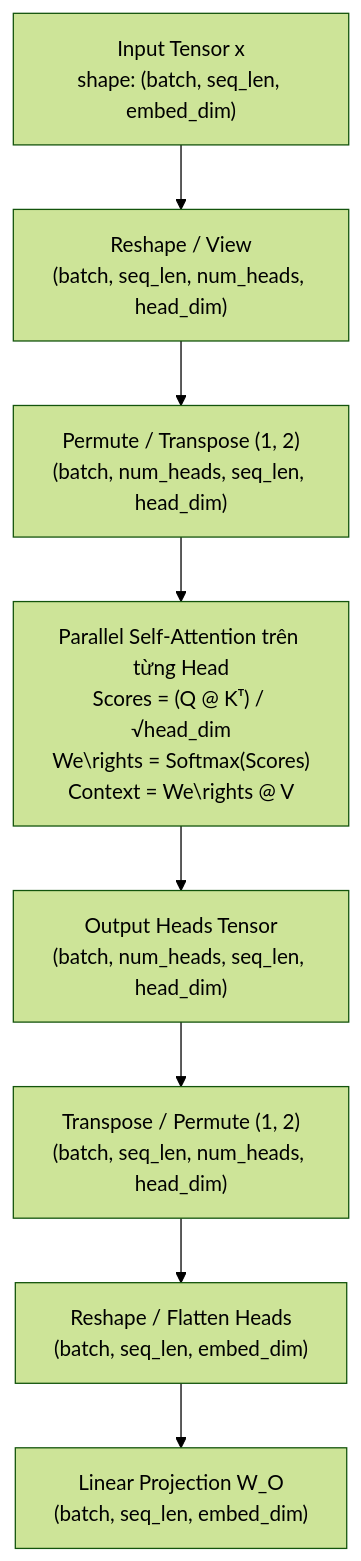
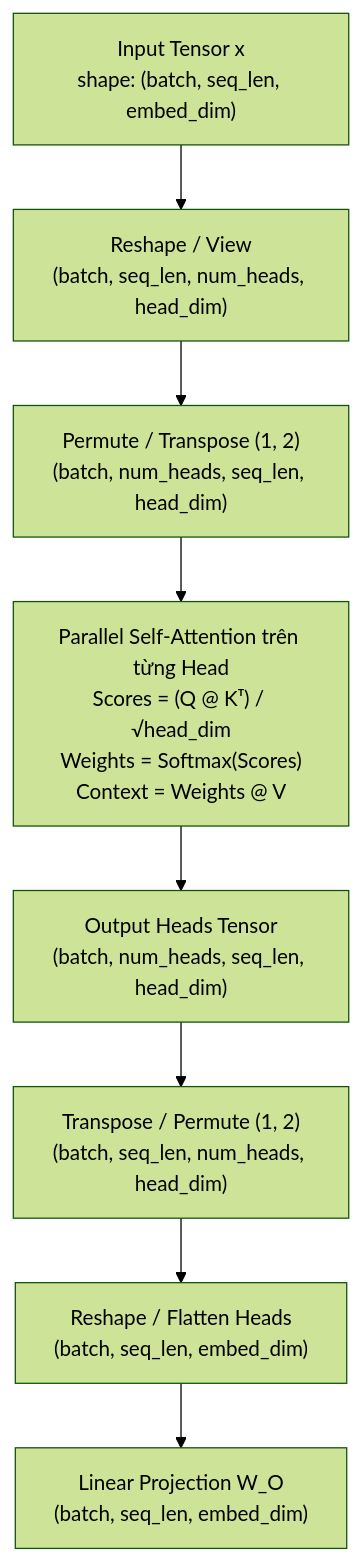
The third of 3 diagrams in ai-assistant-platform/docs/transformer-foundation.md (quangtd92/ai-engineer-roadmap), drawn with Mermaid (forest theme) before and after one commit. The commit also changed other lines of this file and 3 other files, not shown here.

````diff
--- a/ai-assistant-platform/docs/transformer-foundation.md
+++ b/ai-assistant-platform/docs/transformer-foundation.md
@@ -250,10 +250,10 @@
 ```mermaid
 flowchart TD
     In["Input Tensor x<br/>shape: (batch, seq_len, embed_dim)"] --> View["Reshape / View<br/>(batch, seq_len, num_heads, head_dim)"]
     View --> Permute["Permute / Transpose (1, 2)<br/>(batch, num_heads, seq_len, head_dim)"]
-    Permute --> Attn["Parallel Self-Attention trên từng Head<br/>Scores = (Q @ Kᵀ) / √head_dim<br/>We\rights = Softmax(Scores)<br/>Context = We\rights @ V"]
+    Permute --> Attn["Parallel Self-Attention trên từng Head<br/>Scores = (Q @ Kᵀ) / √head_dim<br/>Weights = Softmax(Scores)<br/>Context = Weights @ V"]
     Attn --> OutHeads["Output Heads Tensor<br/>(batch, num_heads, seq_len, head_dim)"]
     OutHeads --> RestorePermute["Transpose / Permute (1, 2)<br/>(batch, seq_len, num_heads, head_dim)"]
     RestorePermute --> Combine["Reshape / Flatten Heads<br/>(batch, seq_len, embed_dim)"]
     Combine --> Proj["Linear Projection W_O<br/>(batch, seq_len, embed_dim)"]
 ```
````
